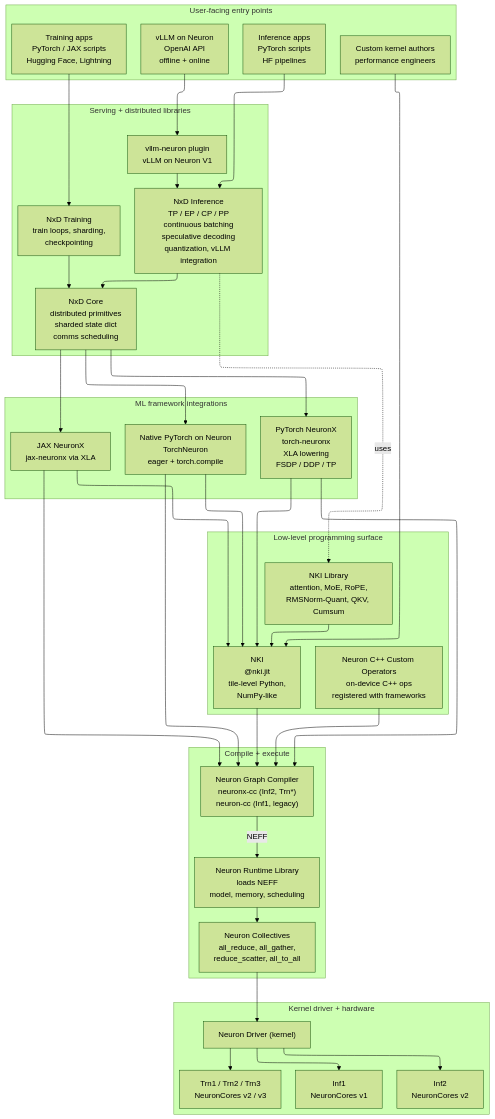
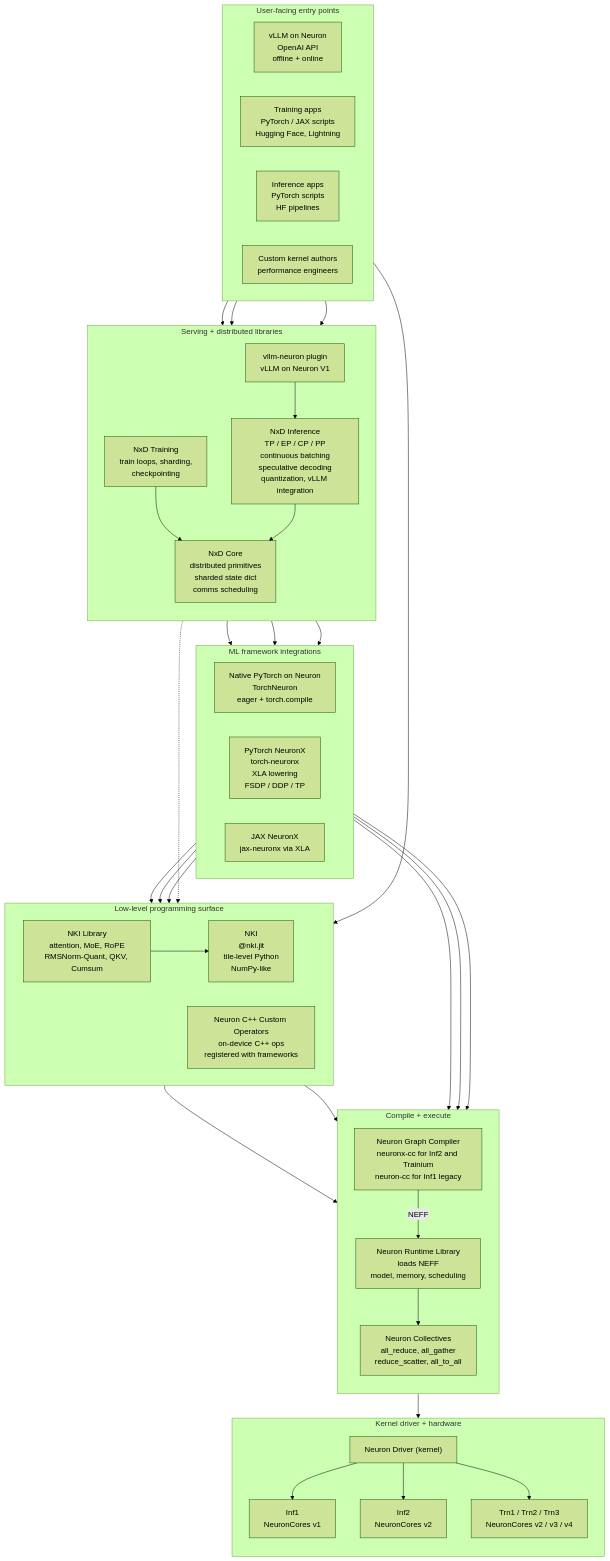
One commit to erickson-doug/mintlify-docs changed the first of 2 diagrams in neuron-stack.mdx. Above: the diagram before and after it, drawn with Mermaid (forest theme). The commit also changed other lines of this file, not shown here.

Commit message:
fix: edits to mermaid diagram for testing

````diff
--- a/neuron-stack.mdx
+++ b/neuron-stack.mdx
@@ -14,80 +14,79 @@
 ```mermaid
-%%{init: {'flowchart': {'defaultRenderer': 'elk'}}}%%
 flowchart TB
   subgraph ENTRY["User-facing entry points"]
     direction LR
-    E1["vLLM on Neuron<br/>OpenAI API<br/>offline + online"]
-    E2["Training apps<br/>PyTorch / JAX scripts<br/>Hugging Face, Lightning"]
-    E3["Inference apps<br/>PyTorch scripts<br/>HF pipelines"]
-    E4["Custom kernel authors<br/>performance engineers"]
+    E1["vLLM on Neuron<br>OpenAI API<br>offline + online"]
+    E2["Training apps<br>PyTorch / JAX scripts<br>Hugging Face, Lightning"]
+    E3["Inference apps<br>PyTorch scripts<br>HF pipelines"]
+    E4["Custom kernel authors<br>performance engineers"]
   end
 
   subgraph SERVING["Serving + distributed libraries"]
     direction TB
-    S1["vllm-neuron plugin<br/>vLLM on Neuron V1"]
-    S2["NxD Training<br/>train loops, sharding,<br/>checkpointing"]
-    S3["NxD Inference<br/>TP / EP / CP / PP<br/>continuous batching<br/>speculative decoding<br/>quantization, vLLM integration"]
-    S4["NxD Core<br/>distributed primitives<br/>sharded state dict<br/>comms scheduling"]
+    S1["vllm-neuron plugin<br>vLLM on Neuron V1"]
+    S2["NxD Training<br>train loops, sharding,<br>checkpointing"]
+    S3["NxD Inference<br>TP / EP / CP / PP<br>continuous batching<br>speculative decoding<br>quantization, vLLM integration"]
+    S4["NxD Core<br>distributed primitives<br>sharded state dict<br>comms scheduling"]
     S1 --> S3
     S2 --> S4
     S3 --> S4
   end
 
   subgraph FRAMEWORKS["ML framework integrations"]
     direction LR
-    F1["Native PyTorch on Neuron<br/>TorchNeuron<br/>eager + torch.compile"]
-    F2["PyTorch NeuronX<br/>torch-neuronx<br/>XLA lowering<br/>FSDP / DDP / TP"]
-    F3["JAX NeuronX<br/>jax-neuronx via XLA"]
+    F1["Native PyTorch on Neuron<br>TorchNeuron<br>eager + torch.compile"]
+    F2["PyTorch NeuronX<br>torch-neuronx<br>XLA lowering<br>FSDP / DDP / TP"]
+    F3["JAX NeuronX<br>jax-neuronx via XLA"]
   end
 
   subgraph LOWLEVEL["Low-level programming surface"]
     direction LR
-    L1["NKI<br/>@nki.jit<br/>tile-level Python,<br/>NumPy-like"]
-    L2["NKI Library<br/>attention, MoE, RoPE,<br/>RMSNorm-Quant, QKV, Cumsum"]
-    L3["Neuron C++ Custom Operators<br/>on-device C++ ops<br/>registered with frameworks"]
+    L1["NKI<br>@nki.jit<br>tile-level Python<br>NumPy-like"]
+    L2["NKI Library<br>attention, MoE, RoPE<br>RMSNorm-Quant, QKV, Cumsum"]
+    L3["Neuron C++ Custom Operators<br>on-device C++ ops<br>registered with frameworks"]
     L2 --> L1
   end
 
   subgraph COMPEXEC["Compile + execute"]
     direction TB
-    C1["Neuron Graph Compiler<br/>neuronx-cc (Inf2, Trn*)<br/>neuron-cc (Inf1, legacy)"]
-    C2["Neuron Runtime Library<br/>loads NEFF<br/>model, memory, scheduling"]
-    C3["Neuron Collectives<br/>all_reduce, all_gather,<br/>reduce_scatter, all_to_all"]
+    C1["Neuron Graph Compiler<br>neuronx-cc for Inf2 and Trainium<br>neuron-cc for Inf1 legacy"]
+    C2["Neuron Runtime Library<br>loads NEFF<br>model, memory, scheduling"]
+    C3["Neuron Collectives<br>all_reduce, all_gather<br>reduce_scatter, all_to_all"]
     C1 -->|NEFF| C2
     C2 --> C3
   end
 
   subgraph HARDWARE["Kernel driver + hardware"]
     direction TB
     D1["Neuron Driver (kernel)"]
-    D2["Inf1<br/>NeuronCores v1"]
-    D3["Inf2<br/>NeuronCores v2"]
-    D4["Trn1 / Trn2 / Trn3<br/>NeuronCores v2 / v3"]
+    D2["Inf1<br>NeuronCores v1"]
+    D3["Inf2<br>NeuronCores v2"]
+    D4["Trn1 / Trn2 / Trn3<br>NeuronCores v2 / v3 / v4"]
     D1 --> D2
     D1 --> D3
     D1 --> D4
   end
 
   %% Cross-layer flows
   E1 --> S1
   E2 --> S2
   E3 --> S3
   E4 --> L1
 
   S4 --> F1
   S4 --> F2
   S4 --> F3
 
   F1 --> L1
   F2 --> L1
   F3 --> L1
-  S3 -. uses .-> L2
+  S3 -.-> L2
 
   L1 --> C1
   L3 --> C1
   F1 --> C1
   F2 --> C1
   F3 --> C1
 
   C3 --> D1
 ```
````
